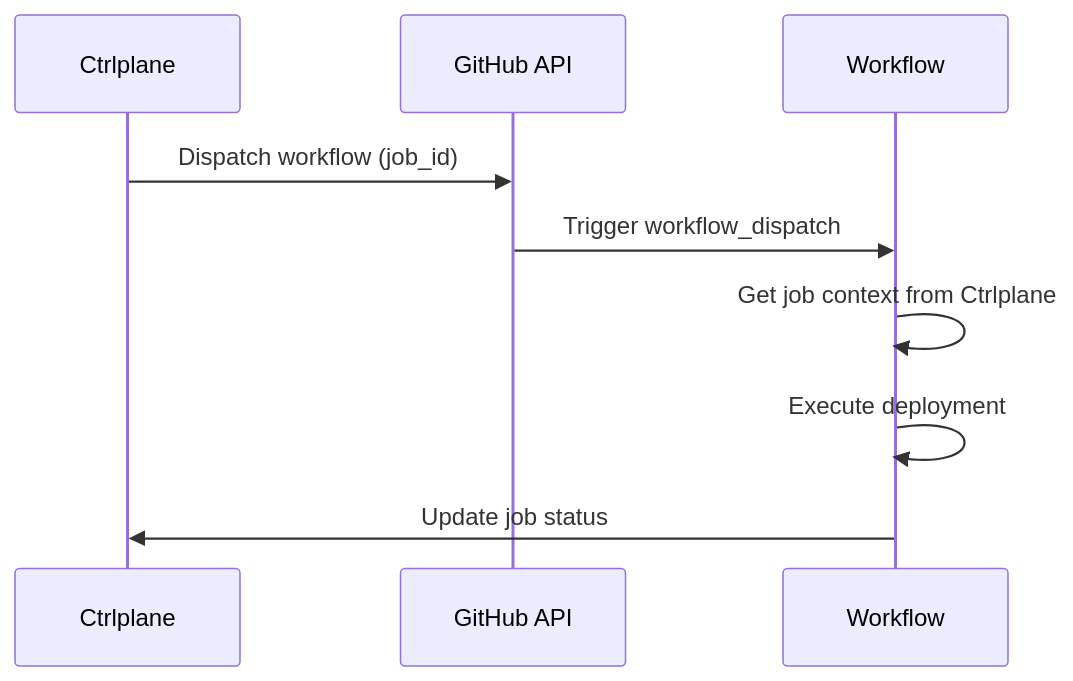
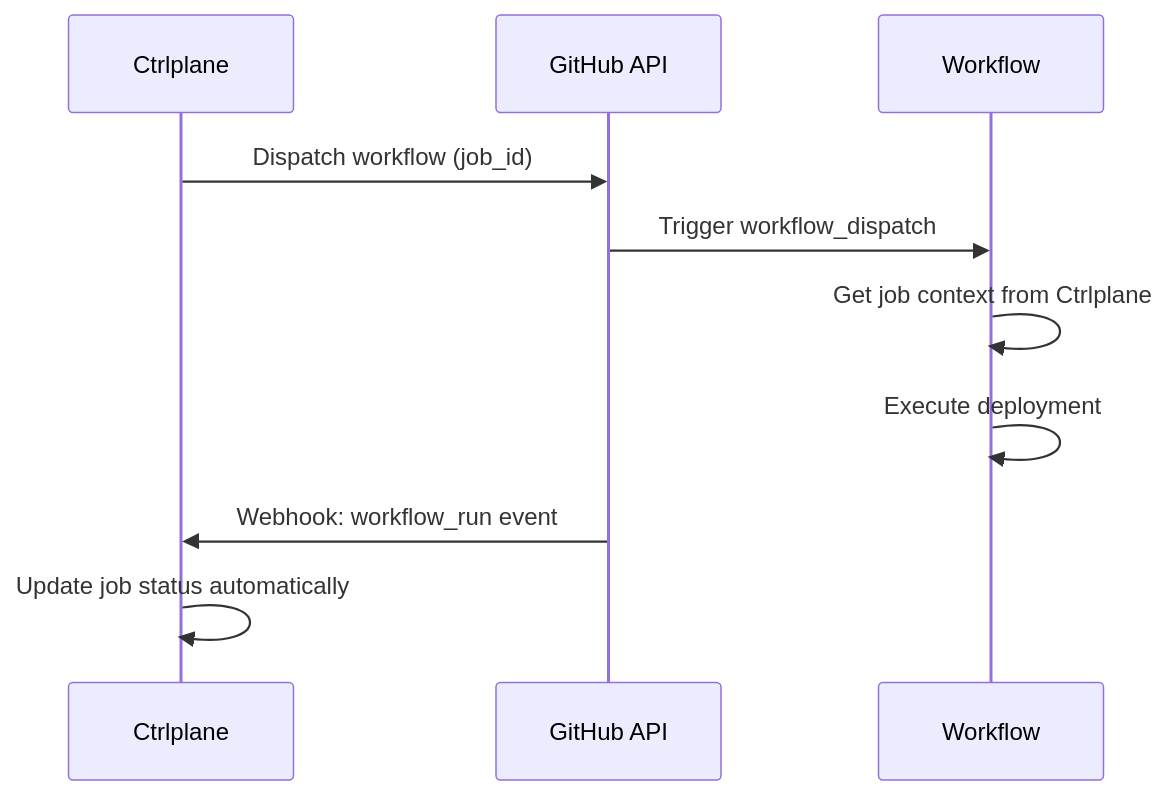
One commit to ctrlplanedev/ctrlplane changed the diagram in docs/integrations/job-agents/github.mdx. Above: the diagram before and after it, drawn with Mermaid. The commit also changed other lines of this file, not shown here.

````diff
--- a/docs/integrations/job-agents/github.mdx
+++ b/docs/integrations/job-agents/github.mdx
@@ -11,12 +11,13 @@
 ```mermaid
 sequenceDiagram
     participant C as Ctrlplane
     participant G as GitHub API
     participant W as Workflow
 
     C->>G: Dispatch workflow (job_id)
     G->>W: Trigger workflow_dispatch
     W->>W: Get job context from Ctrlplane
     W->>W: Execute deployment
-    W->>C: Update job status
+    G->>C: Webhook: workflow_run event
+    C->>C: Update job status automatically
 ```
````
